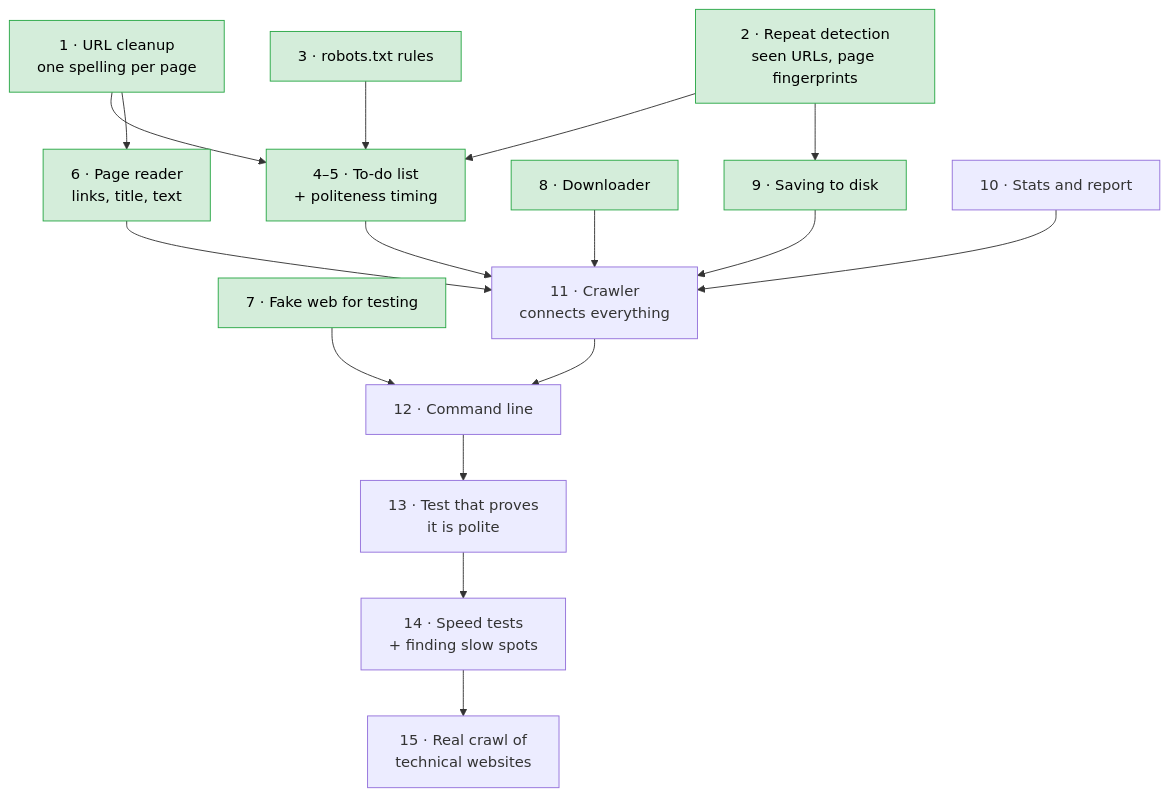
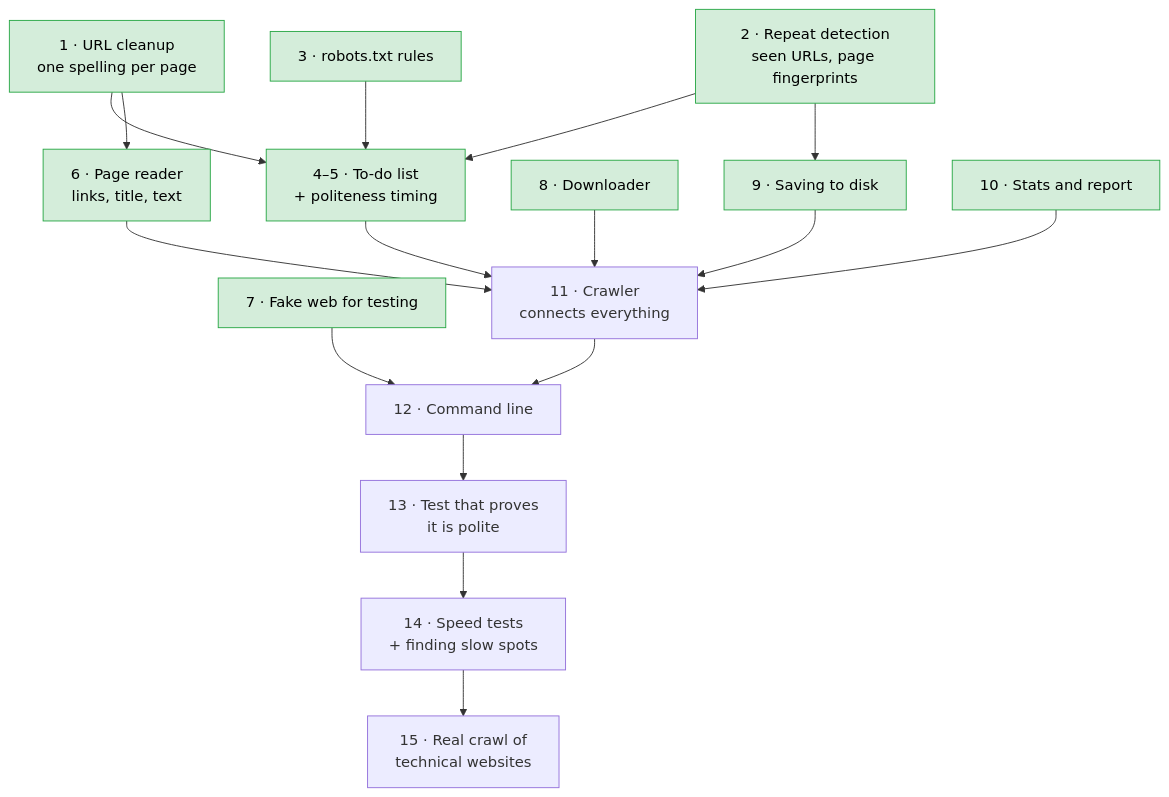
Before and after one commit to Armaan-king/McCrawl: the fourth of 4 diagrams in README.md, drawn with Mermaid. The commit also changed other lines of this file and 7 other files, not shown here.

````diff
--- a/README.md
+++ b/README.md
@@ -118,33 +118,33 @@
 ```mermaid
 flowchart TD
     urlnorm["1 · URL cleanup<br/>one spelling per page"]:::done
     dedup["2 · Repeat detection<br/>seen URLs, page fingerprints"]:::done
     robots["3 · robots.txt rules"]:::done
     frontier["4–5 · To-do list<br/>+ politeness timing"]:::done
     parse["6 · Page reader<br/>links, title, text"]:::done
     mockweb["7 · Fake web for testing"]:::done
     fetch["8 · Downloader"]:::done
     store["9 · Saving to disk"]:::done
-    metrics["10 · Stats and report"]
+    metrics["10 · Stats and report"]:::done
     crawler["11 · Crawler<br/>connects everything"]
     cli["12 · Command line"]
     proof["13 · Test that proves<br/>it is polite"]
     bench["14 · Speed tests<br/>+ finding slow spots"]
     real["15 · Real crawl of<br/>technical websites"]
 
     urlnorm --> frontier
     dedup --> frontier
     robots --> frontier
     urlnorm --> parse
     dedup --> store
     frontier --> crawler
     parse --> crawler
     fetch --> crawler
     store --> crawler
     metrics --> crawler
     crawler --> cli
     mockweb --> cli
     cli --> proof --> bench --> real
 
     classDef done fill:#d4edda,stroke:#28a745,color:#000
 ```
````
